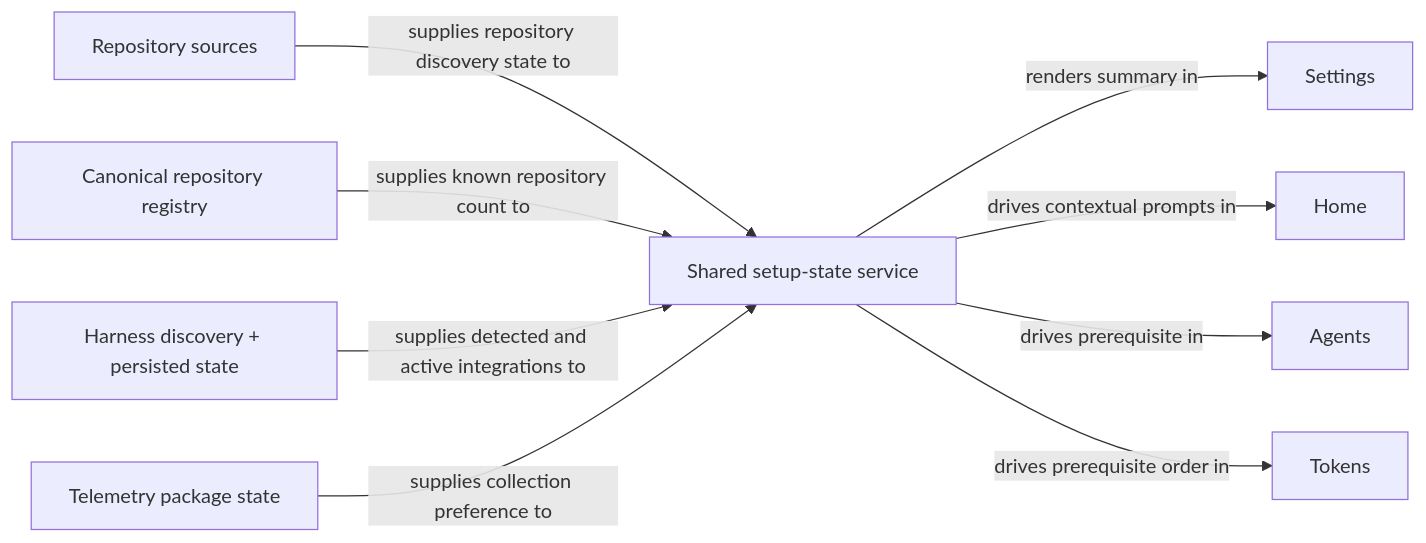
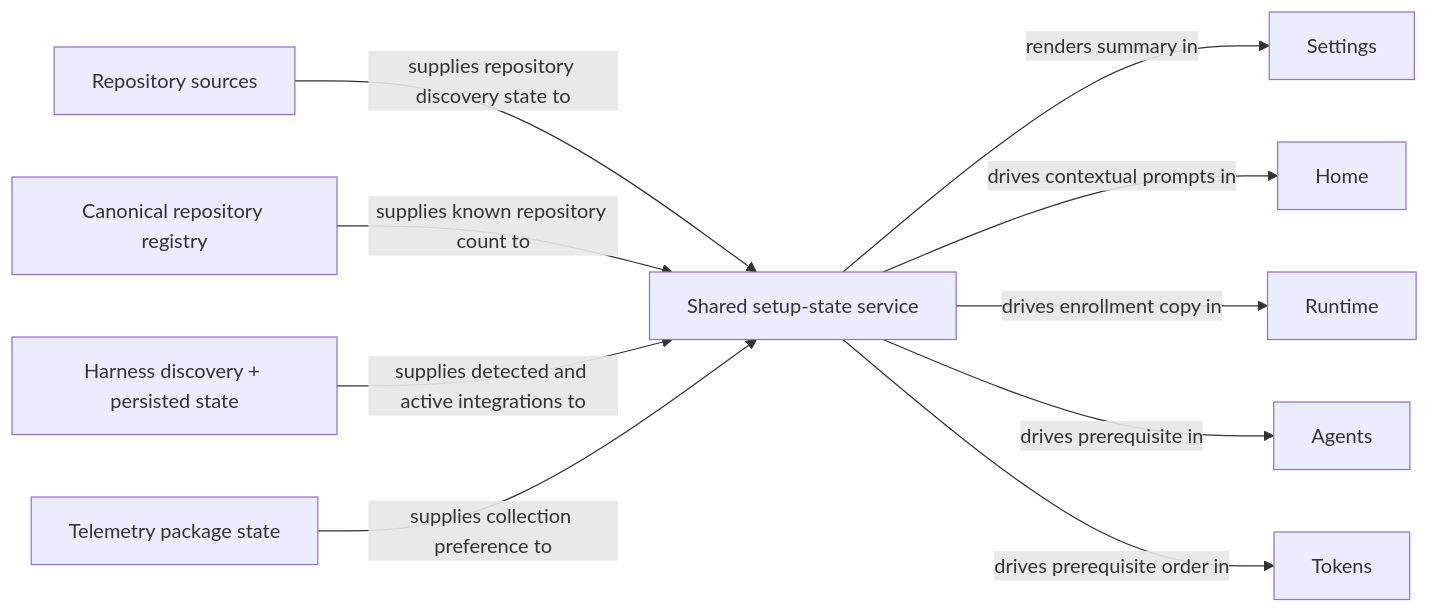
The diagram in docs/plans/backlog/portal-onboarding-settings.md (kirinmurphy/roborepo-alpha), drawn with Mermaid before and after one commit. The commit also changed other lines of this file and 8 other files, not shown here.

````diff
--- a/docs/plans/backlog/portal-onboarding-settings.md
+++ b/docs/plans/backlog/portal-onboarding-settings.md
@@ -235,11 +289,12 @@
 ```mermaid
 flowchart LR
   Sources["Repository sources"] -->|supplies repository discovery state to| Setup["Shared setup-state service"]
   Registry["Canonical repository registry"] -->|supplies known repository count to| Setup
   Harness["Harness discovery + persisted state"] -->|supplies detected and active integrations to| Setup
   Telemetry["Telemetry package state"] -->|supplies collection preference to| Setup
   Setup -->|renders summary in| Settings["Settings"]
   Setup -->|drives contextual prompts in| Home["Home"]
+  Setup -->|drives enrollment copy in| Runtime["Runtime"]
   Setup -->|drives prerequisite in| Agents["Agents"]
   Setup -->|drives prerequisite order in| Tokens["Tokens"]
 ```
````
